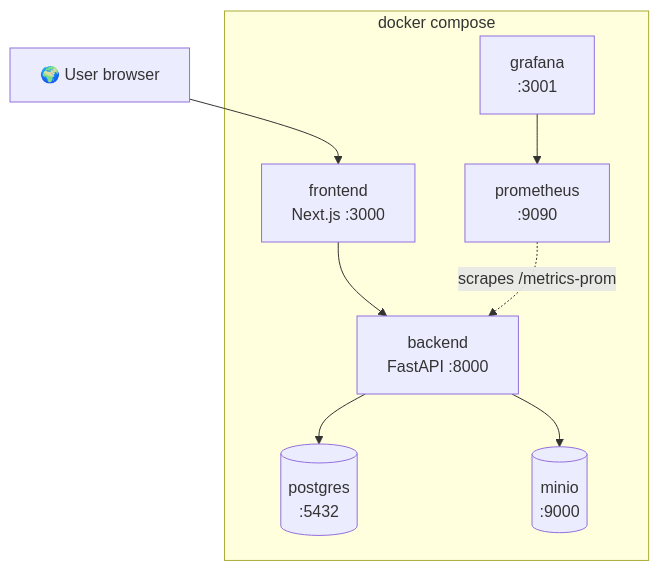
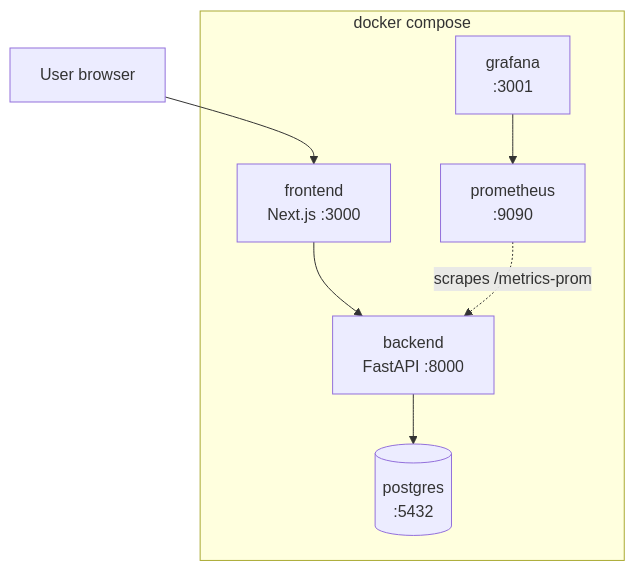
Before and after one commit to swadhinbiswas/AstroSynth: the fifth of 5 diagrams in docs/ARCHITECTURE_DIAGRAMS.md, drawn with Mermaid. The commit also changed other lines of this file and 46 other files, not shown here.

````diff
--- a/docs/ARCHITECTURE_DIAGRAMS.md
+++ b/docs/ARCHITECTURE_DIAGRAMS.md
@@ -179,17 +179,15 @@
 ```mermaid
 graph TB
     subgraph Docker["docker compose"]
         FE["frontend<br/>Next.js :3000"]
         BE["backend<br/>FastAPI :8000"]
         PG[("postgres<br/>:5432")]
-        MI[("minio<br/>:9000")]
         PR["prometheus<br/>:9090"]
         GR["grafana<br/>:3001"]
     end
-    USER["🌍 User browser"] --> FE
+    USER["User browser"] --> FE
     FE --> BE
     BE --> PG
-    BE --> MI
     PR -.scrapes /metrics-prom.-> BE
     GR --> PR
 ```
````
